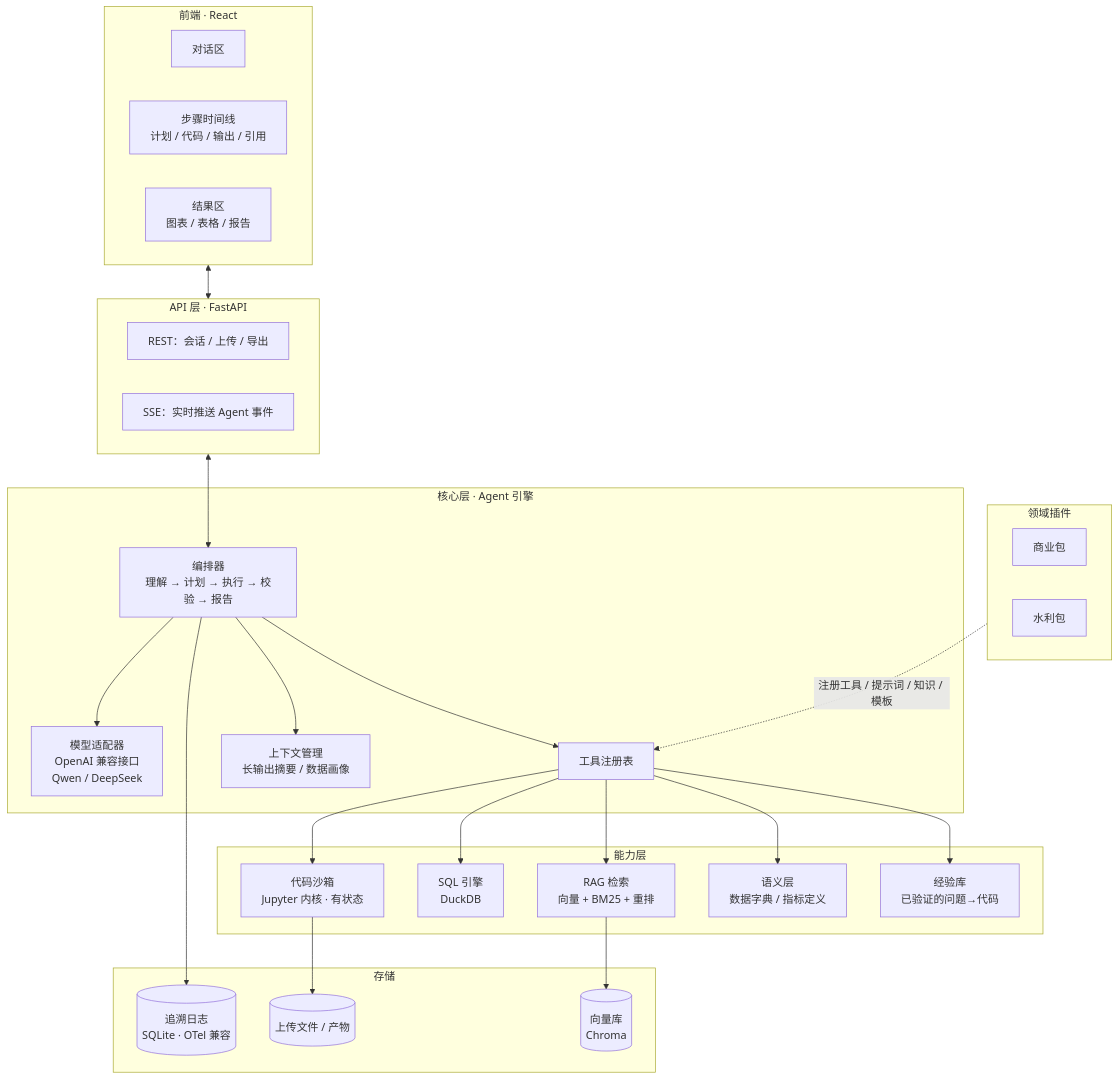
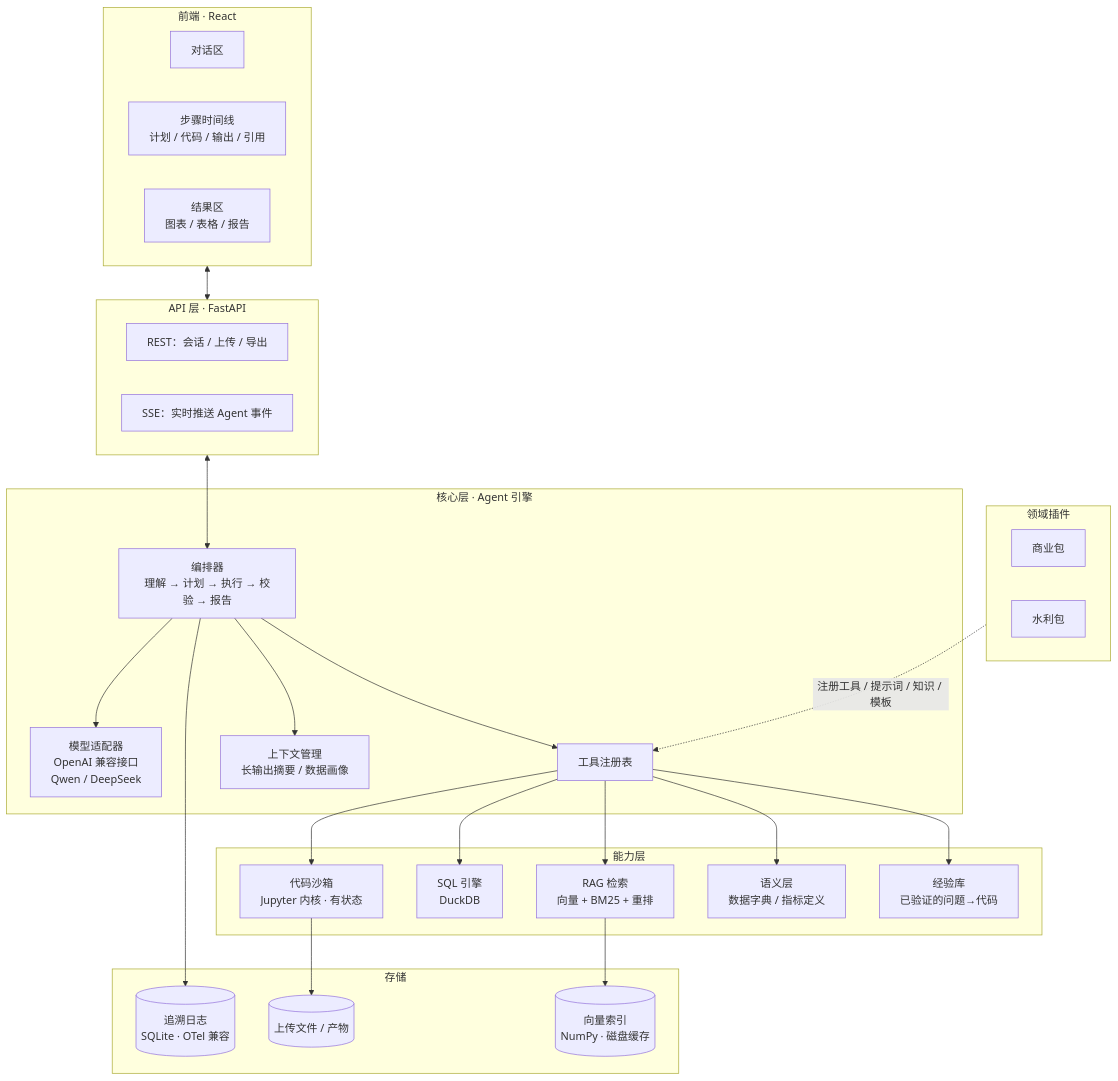
Before and after one commit to psyyys/proven-agent: the first of 2 diagrams in docs/architecture.md, drawn with Mermaid. The commit also changed other lines of this file and 40 other files, not shown here.

````diff
--- a/docs/architecture.md
+++ b/docs/architecture.md
@@ -17,54 +17,54 @@
 ```mermaid
 flowchart TB
     subgraph FE["前端 · React"]
         Chat["对话区"]
         Timeline["步骤时间线<br/>计划 / 代码 / 输出 / 引用"]
         Canvas["结果区<br/>图表 / 表格 / 报告"]
     end
 
     subgraph API["API 层 · FastAPI"]
         REST["REST：会话 / 上传 / 导出"]
         SSE["SSE：实时推送 Agent 事件"]
     end
 
     subgraph CORE["核心层 · Agent 引擎"]
         Orchestrator["编排器<br/>理解 → 计划 → 执行 → 校验 → 报告"]
         LLM["模型适配器<br/>OpenAI 兼容接口<br/>Qwen / DeepSeek"]
         Tools["工具注册表"]
         Memory["上下文管理<br/>长输出摘要 / 数据画像"]
     end
 
     subgraph CAP["能力层"]
         Sandbox["代码沙箱<br/>Jupyter 内核 · 有状态"]
         SQL["SQL 引擎<br/>DuckDB"]
         RAG["RAG 检索<br/>向量 + BM25 + 重排"]
         Semantic["语义层<br/>数据字典 / 指标定义"]
         Exp["经验库<br/>已验证的问题→代码"]
     end
 
     subgraph PACKS["领域插件"]
         Biz["商业包"]
         Water["水利包"]
     end
 
     subgraph STORE["存储"]
         Trace[("追溯日志<br/>SQLite · OTel 兼容")]
         Files[("上传文件 / 产物")]
-        VDB[("向量库<br/>Chroma")]
+        VDB[("向量索引<br/>NumPy · 磁盘缓存")]
     end
 
     FE <--> API
     API <--> Orchestrator
     Orchestrator --> LLM
     Orchestrator --> Tools
     Orchestrator --> Memory
     Tools --> Sandbox
     Tools --> SQL
     Tools --> RAG
     Tools --> Semantic
     Tools --> Exp
     PACKS -.注册工具 / 提示词 / 知识 / 模板.-> Tools
     RAG --> VDB
     Sandbox --> Files
     Orchestrator --> Trace
 ```
````
